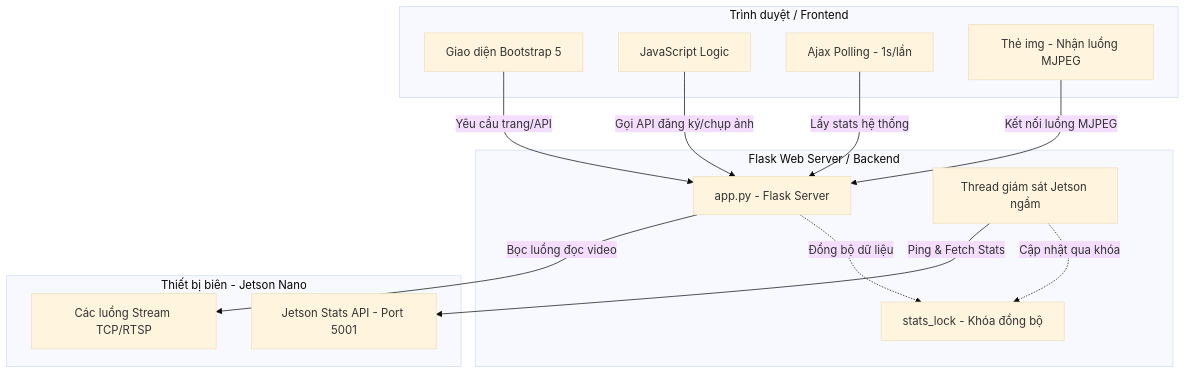
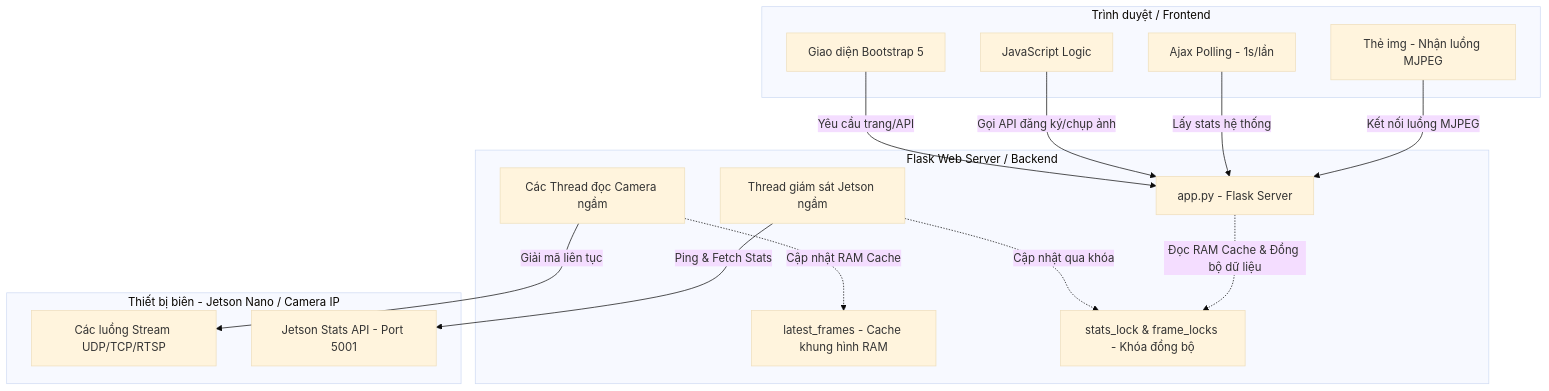
One commit to Lephuc0168/camera_dashboard changed the diagram in README.md. Above: the diagram before and after it, drawn with Mermaid (base theme). The commit also changed other lines of this file and 2 other files, not shown here.

First line of the commit message:
Toi uu luong doc camera ngam doc lap va tam thoi an camera 3/4

````diff
--- a/README.md
+++ b/README.md
@@ -20,30 +20,33 @@
 ```mermaid
 graph TD
     subgraph Client [Trình duyệt / Frontend]
         UI[Giao diện Bootstrap 5]
         JS[JavaScript Logic]
         AJ[Ajax Polling - 1s/lần]
         VS[Thẻ img - Nhận luồng MJPEG]
     end
 
     subgraph Server [Flask Web Server / Backend]
         App[app.py - Flask Server]
-        BG_Thread[Thread giám sát Jetson ngầm]
-        Mutex[stats_lock - Khóa đồng bộ]
+        BG_Stats_Thread[Thread giám sát Jetson ngầm]
+        BG_Cam_Threads[Các Thread đọc Camera ngầm]
+        Cache[latest_frames - Cache khung hình RAM]
+        Mutex[stats_lock & frame_locks - Khóa đồng bộ]
     end
 
-    subgraph Edge [Thiết bị biên - Jetson Nano]
-        JC[Các luồng Stream TCP/RTSP]
+    subgraph Edge [Thiết bị biên - Jetson Nano / Camera IP]
+        JC[Các luồng Stream UDP/TCP/RTSP]
         JA[Jetson Stats API - Port 5001]
     end
 
     UI -->|Yêu cầu trang/API| App
     JS -->|Gọi API đăng ký/chụp ảnh| App
     AJ -->|Lấy stats hệ thống| App
     VS -->|Kết nối luồng MJPEG| App
     
-    BG_Thread -->|Ping & Fetch Stats| JA
-    App -->|Bọc luồng đọc video| JC
-    BG_Thread -.->|Cập nhật qua khóa| Mutex
-    App -.->|Đồng bộ dữ liệu| Mutex
+    BG_Stats_Thread -->|Ping & Fetch Stats| JA
+    BG_Cam_Threads -->|Giải mã liên tục| JC
+    BG_Cam_Threads -.->|Cập nhật RAM Cache| Cache
+    BG_Stats_Thread -.->|Cập nhật qua khóa| Mutex
+    App -.->|Đọc RAM Cache & Đồng bộ dữ liệu| Mutex
 ```
````
